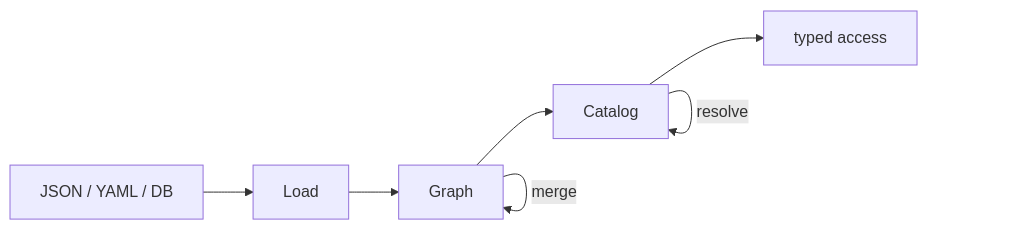
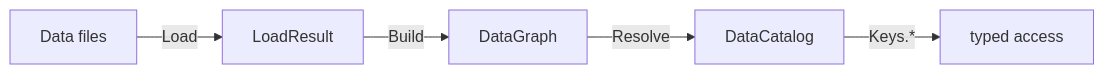
Before and after one commit to fm39hz/DataCatalyst: the first of 3 diagrams in README.md, drawn with Mermaid. The commit also changed other lines of this file and 2 other files, not shown here.

````diff
--- a/README.md
+++ b/README.md
@@ -20,10 +9,7 @@
 ```mermaid
 graph LR
-    A[JSON / YAML / DB] --> B[Load]
-    B --> C[Graph]
-    C --> D[Catalog]
-    D --> E[typed access]
-
-    C -->|merge| C
-    D -->|resolve| D
+    A[Data files] -->|Load| B[LoadResult]
+    B -->|Build| C[DataGraph]
+    C -->|Resolve| D[DataCatalog]
+    D -->|Keys.*| E[typed access]
 ```
````
